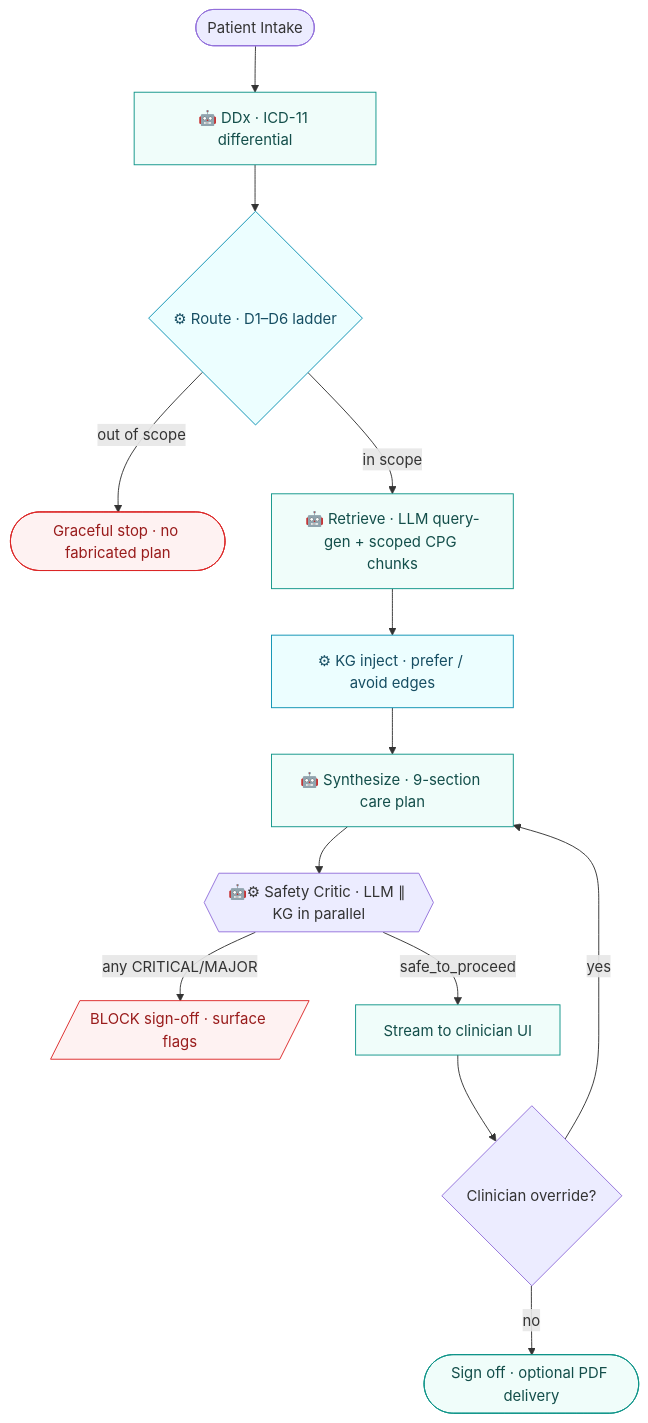
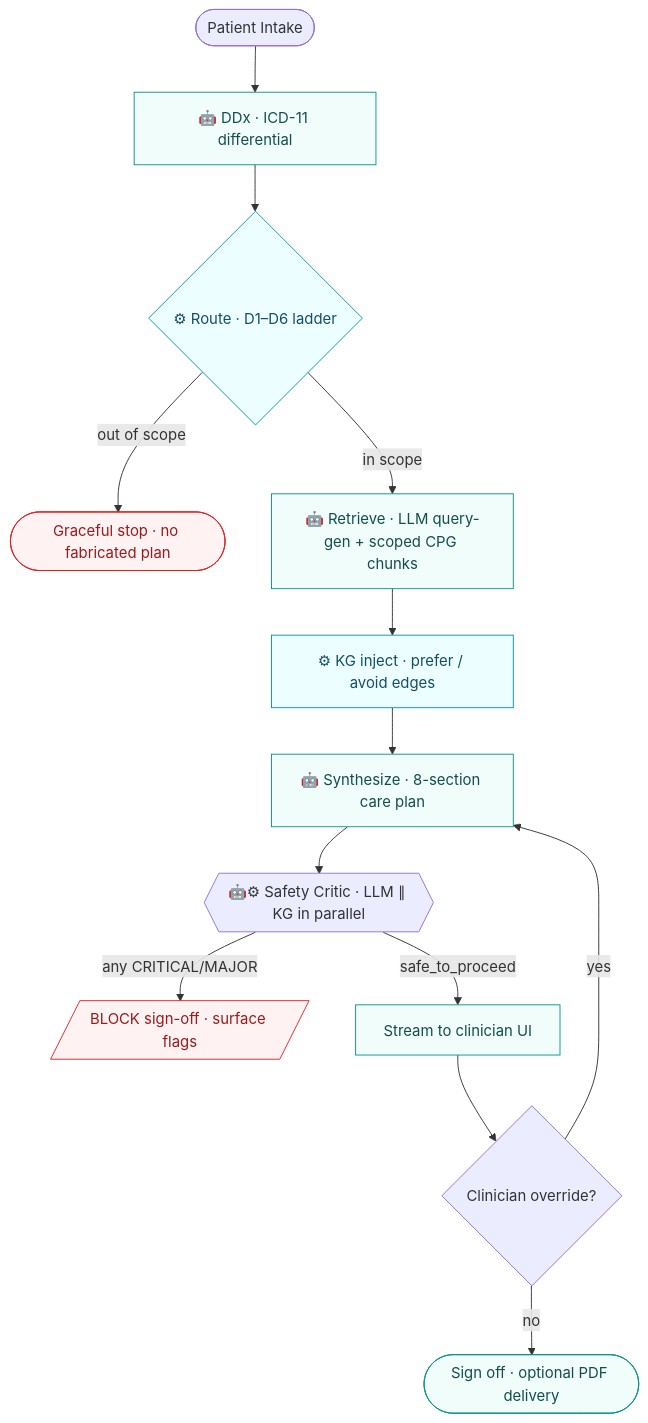
The second of 8 diagrams in POSTER_LAYOUT.md (itznotpk/CPG-LLM-Agentic-RAG-Knowledge-Graph), drawn with Mermaid before and after one commit. The commit also changed other lines of this file and 13 other files, not shown here.

Commit message:
Update Doctor UI components, refactor Supabase schema for vitals and severity, remove patient education, and update documentation

````diff
--- a/POSTER_LAYOUT.md
+++ b/POSTER_LAYOUT.md
@@ -928,24 +928,24 @@
 ```mermaid
 flowchart TD
     A([Patient Intake]) --> B["🤖 DDx · ICD-11 differential"]
     B --> C{"⚙ Route · D1–D6 ladder"}
     C -- out of scope --> Z([Graceful stop · no fabricated plan])
     C -- in scope --> D["🤖 Retrieve · LLM query-gen + scoped CPG chunks"]
     D --> E["⚙ KG inject · prefer / avoid edges"]
-    E --> F["🤖 Synthesize · 9-section care plan"]
+    E --> F["🤖 Synthesize · 8-section care plan"]
     F --> G{{"🤖⚙ Safety Critic · LLM ∥ KG in parallel"}}
     G -- any CRITICAL/MAJOR --> H[/BLOCK sign-off · surface flags/]
     G -- safe_to_proceed --> I[Stream to clinician UI]
     I --> J{Clinician override?}
     J -- yes --> F
     J -- no --> K([Sign off · optional PDF delivery])
 
     classDef agent fill:#f0fdfa,stroke:#0d9488,color:#134e4a;
     classDef det fill:#ecfeff,stroke:#0891b2,color:#164e63;
     classDef stop fill:#fef2f2,stroke:#dc2626,color:#991b1b;
     classDef ok fill:#f0fdfa,stroke:#0d9488,color:#134e4a;
     class B,D,F agent;
     class C,E det;
     class Z,H stop;
     class I,K ok;
 ```
````
